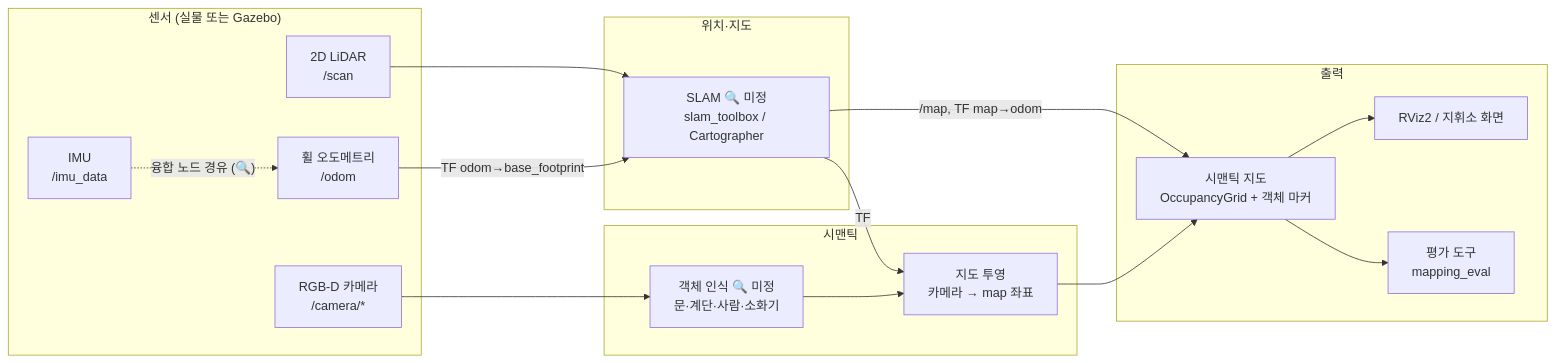
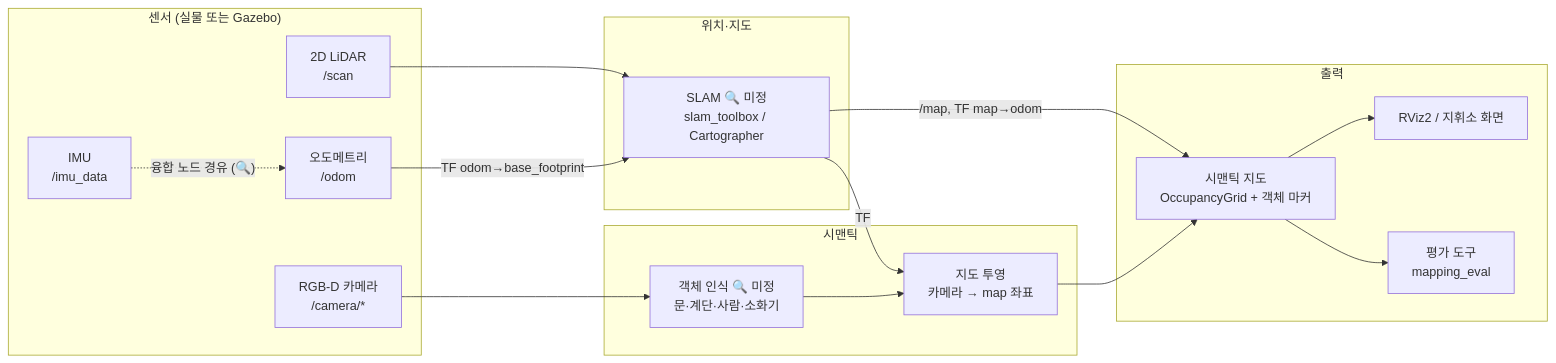
The diagram in docs/architecture.md (find-door/find-door), drawn with Mermaid before and after one commit. The commit also changed other lines of this file and 21 other files, not shown here.

````diff
--- a/docs/architecture.md
+++ b/docs/architecture.md
@@ -16,33 +16,33 @@
 ```mermaid
 flowchart LR
   subgraph Sensors["센서 (실물 또는 Gazebo)"]
     L["2D LiDAR<br>/scan"]
-    O["휠 오도메트리<br>/odom"]
+    O["오도메트리<br>/odom"]
     I["IMU<br>/imu_data"]
     C["RGB-D 카메라<br>/camera/*"]
   end
 
   subgraph Localization["위치·지도"]
     S["SLAM 🔍 미정<br>slam_toolbox / Cartographer"]
   end
 
   subgraph Semantic["시맨틱"]
     D["객체 인식 🔍 미정<br>문·계단·사람·소화기"]
     P["지도 투영<br>카메라 → map 좌표"]
   end
 
   subgraph Output["출력"]
     M["시맨틱 지도<br>OccupancyGrid + 객체 마커"]
     R["RViz2 / 지휘소 화면"]
     E["평가 도구<br>mapping_eval"]
   end
 
   L --> S
   O -->|TF odom→base_footprint| S
   I -.->|"융합 노드 경유 (🔍)"| O
   S -->|/map, TF map→odom| M
   C --> D --> P --> M
   S -->|TF| P
   M --> R
   M --> E
 ```
````
